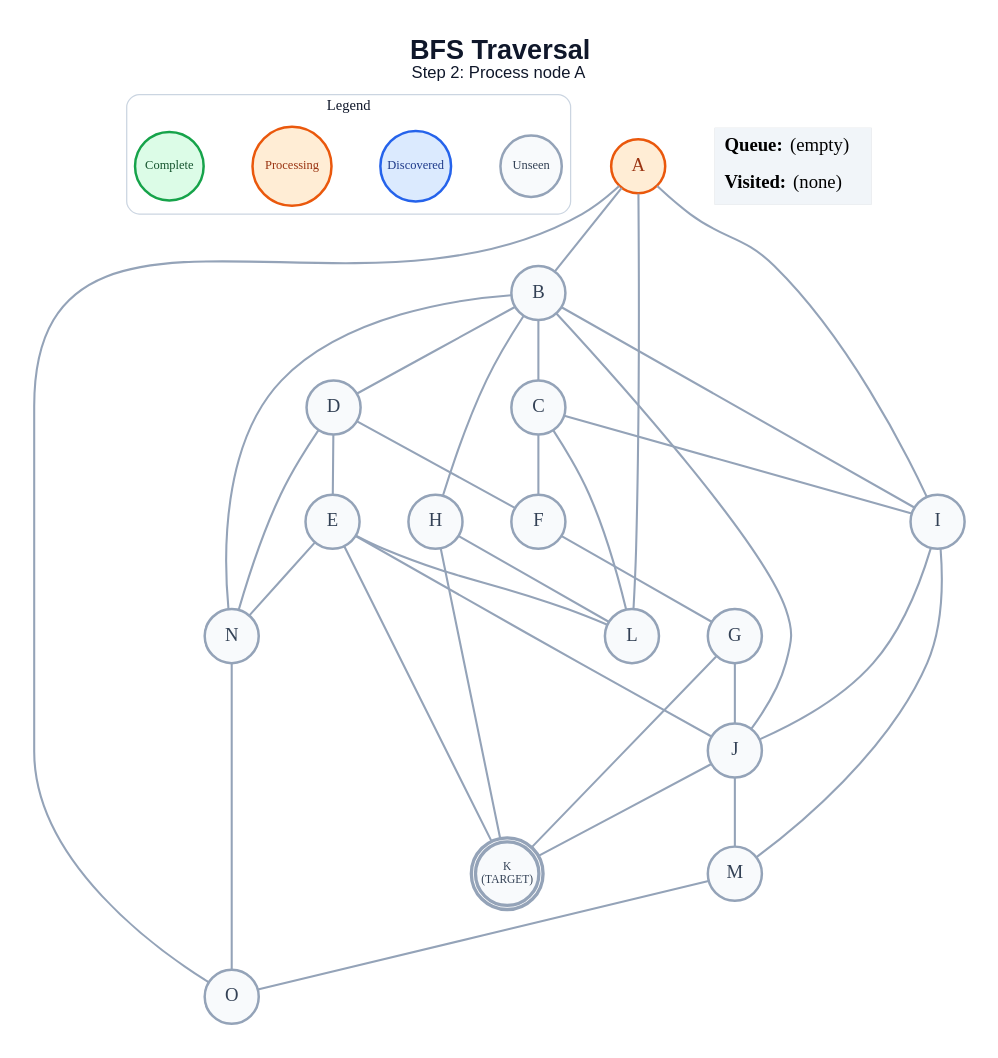
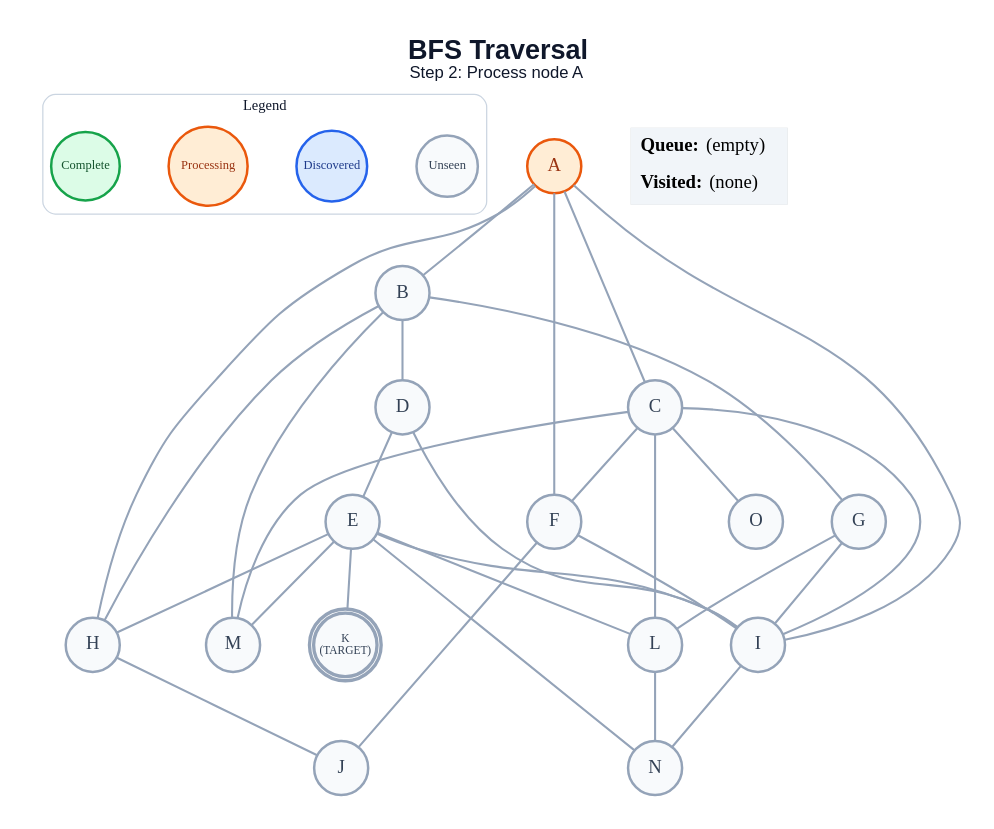
The diagram in generated/bfs/step_02.dot (anon7238593-create/ai-slop), drawn with Graphviz before and after one commit. The commit also changed 270 other files, not shown here.

```diff
--- a/generated/bfs/step_02.dot
+++ b/generated/bfs/step_02.dot
@@ -1,65 +1,63 @@
 graph traversal {
   graph [layout=dot, rankdir=TB, bgcolor="#FFFFFF", pad="0.35", nodesep="0.65", ranksep="0.8", fontname="Arial"];
   node [shape=circle, style="filled", fontname="Arial Bold", fontsize=18, width=0.72, fixedsize=true, penwidth=2.4];
   edge [color="#94A3B8", penwidth=2.0];
   label=<<B>BFS Traversal</B><BR/><FONT POINT-SIZE="16">Step 2: Process node A</FONT>>; labelloc="t"; fontsize=26; fontname="Arial"; fontcolor="#0F172A";
   subgraph cluster_legend { label="Legend"; color="#CBD5E1"; penwidth=1.2; style="rounded"; fontsize=14; fontname="Arial Bold";
     key_unseen [label="Unseen", fillcolor="#F8FAFC", color="#94A3B8", fontcolor="#334155", fontsize=12, width=0.82];
     key_frontier [label="Discovered", fillcolor="#DBEAFE", color="#2563EB", fontcolor="#1E3A8A", fontsize=12, width=0.95];
     key_current [label="Processing", fillcolor="#FFEDD5", color="#EA580C", fontcolor="#9A3412", fontsize=12, width=1.05];
     key_done [label="Complete", fillcolor="#DCFCE7", color="#16A34A", fontcolor="#14532D", fontsize=12, width=0.92];
     { rank=same; key_unseen; key_frontier; key_current; key_done; }
   }
   A [label="A", fillcolor="#FFEDD5", color="#EA580C", fontcolor="#9A3412", peripheries=1, penwidth=2.4];
   B [label="B", fillcolor="#F8FAFC", color="#94A3B8", fontcolor="#334155", peripheries=1, penwidth=2.4];
   C [label="C", fillcolor="#F8FAFC", color="#94A3B8", fontcolor="#334155", peripheries=1, penwidth=2.4];
   D [label="D", fillcolor="#F8FAFC", color="#94A3B8", fontcolor="#334155", peripheries=1, penwidth=2.4];
   E [label="E", fillcolor="#F8FAFC", color="#94A3B8", fontcolor="#334155", peripheries=1, penwidth=2.4];
   F [label="F", fillcolor="#F8FAFC", color="#94A3B8", fontcolor="#334155", peripheries=1, penwidth=2.4];
   G [label="G", fillcolor="#F8FAFC", color="#94A3B8", fontcolor="#334155", peripheries=1, penwidth=2.4];
   H [label="H", fillcolor="#F8FAFC", color="#94A3B8", fontcolor="#334155", peripheries=1, penwidth=2.4];
   I [label="I", fillcolor="#F8FAFC", color="#94A3B8", fontcolor="#334155", peripheries=1, penwidth=2.4];
   J [label="J", fillcolor="#F8FAFC", color="#94A3B8", fontcolor="#334155", peripheries=1, penwidth=2.4];
   K [label="K\n(TARGET)", fillcolor="#F8FAFC", color="#94A3B8", fontcolor="#334155", peripheries=2, penwidth=3.2, fontsize=11, width=0.85, height=0.85];
   L [label="L", fillcolor="#F8FAFC", color="#94A3B8", fontcolor="#334155", peripheries=1, penwidth=2.4];
   M [label="M", fillcolor="#F8FAFC", color="#94A3B8", fontcolor="#334155", peripheries=1, penwidth=2.4];
   N [label="N", fillcolor="#F8FAFC", color="#94A3B8", fontcolor="#334155", peripheries=1, penwidth=2.4];
   O [label="O", fillcolor="#F8FAFC", color="#94A3B8", fontcolor="#334155", peripheries=1, penwidth=2.4];
   A -- B;
+  A -- C;
+  A -- F;
+  A -- H;
   A -- I;
-  A -- L;
-  A -- O;
-  B -- C;
   B -- D;
+  B -- G;
   B -- H;
-  B -- I;
-  B -- J;
-  B -- N;
+  B -- M;
   C -- F;
   C -- I;
   C -- L;
+  C -- M;
+  C -- O;
   D -- E;
-  D -- F;
-  D -- N;
-  E -- J;
+  D -- I;
+  E -- H;
+  E -- I;
   E -- K;
   E -- L;
+  E -- M;
   E -- N;
-  F -- G;
-  G -- J;
-  G -- K;
-  H -- K;
-  H -- L;
-  I -- J;
-  I -- M;
-  J -- K;
-  J -- M;
-  M -- O;
-  N -- O;
+  F -- I;
+  F -- J;
+  G -- I;
+  G -- L;
+  H -- J;
+  I -- N;
+  L -- N;
   status [shape=plain, fixedsize=false, width=0, height=0, margin=0, label=<
     <TABLE BORDER="0" CELLBORDER="0" CELLPADDING="7" BGCOLOR="#F1F5F9">
       <TR><TD ALIGN="LEFT"><B>Queue:</B> (empty)</TD></TR>
       <TR><TD ALIGN="LEFT"><B>Visited:</B> (none)</TD></TR>
     </TABLE>
   >];
 }
```
